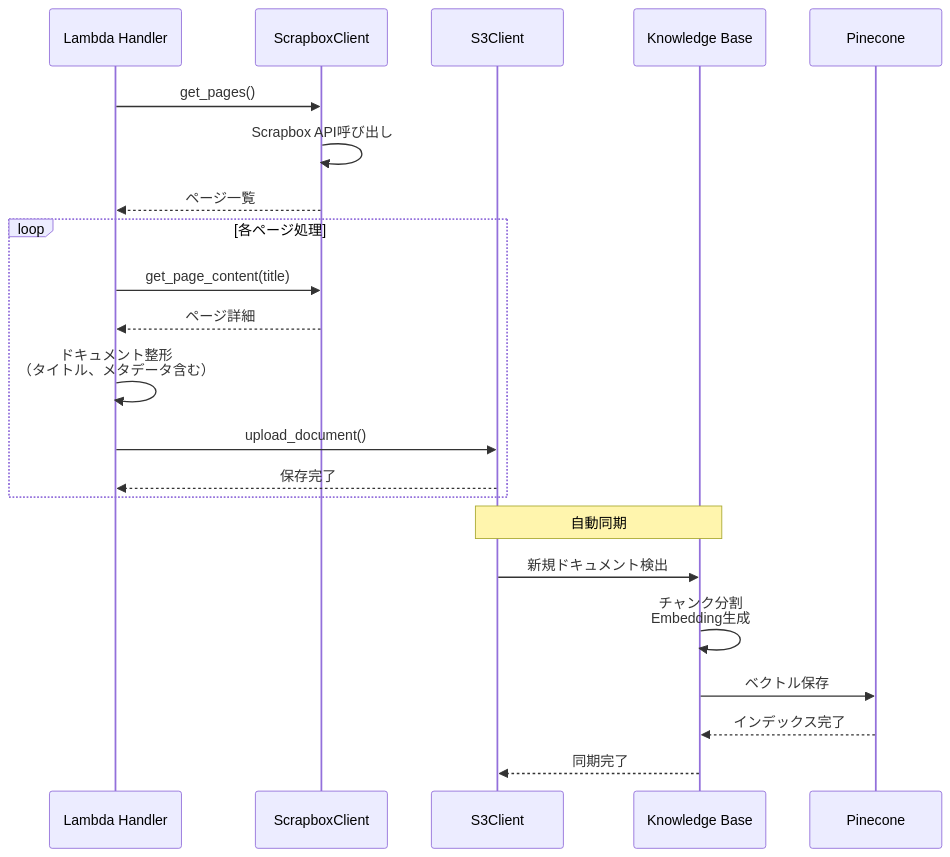
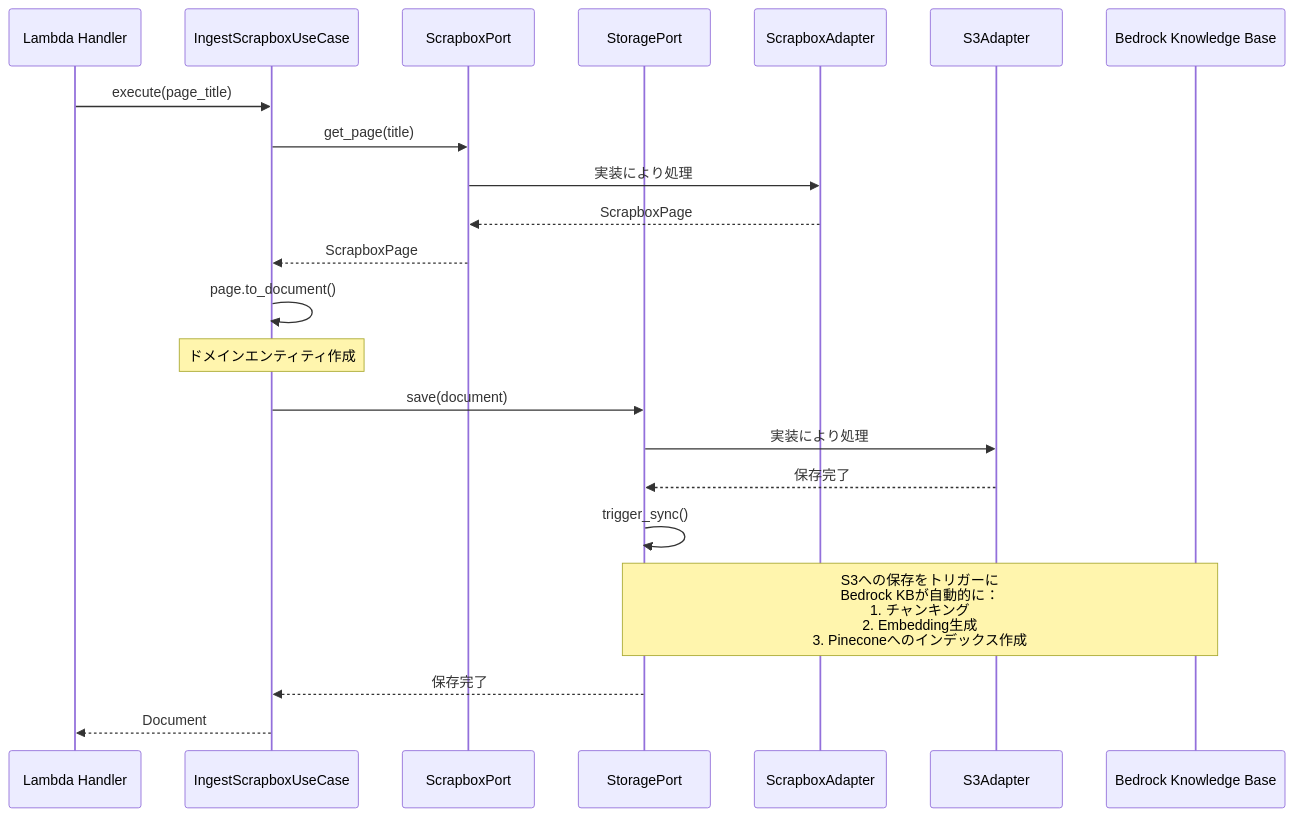
The fourth of 6 diagrams in docs/DESIGN.md (KJR020/lambda-knowledge-rag), drawn with Mermaid before and after one commit. The commit also changed other lines of this file, not shown here.

````diff
--- a/docs/DESIGN.md
+++ b/docs/DESIGN.md
@@ -151,29 +278,29 @@
 ```mermaid
 sequenceDiagram
-    participant L as Lambda Handler
-    participant SC as ScrapboxClient
-    participant S3 as S3Client
-    participant KB as Knowledge Base
-    participant PC as Pinecone
+    participant H as Lambda Handler
+    participant UC as IngestScrapboxUseCase
+    participant SP as ScrapboxPort
+    participant STR as StoragePort
+    participant SA as ScrapboxAdapter
+    participant S3A as S3Adapter
+    participant KB as Bedrock Knowledge Base
     
-    L->>SC: get_pages()
-    SC->>SC: Scrapbox API呼び出し
-    SC-->>L: ページ一覧
+    H->>UC: execute(page_title)
+    UC->>SP: get_page(title)
+    SP->>SA: 実装により処理
+    SA-->>SP: ScrapboxPage
+    SP-->>UC: ScrapboxPage
     
-    loop 各ページ処理
-        L->>SC: get_page_content(title)
-        SC-->>L: ページ詳細
-        
-        L->>L: ドキュメント整形<br/>（タイトル、メタデータ含む）
-        
-        L->>S3: upload_document()
-        S3-->>L: 保存完了
-    end
+    UC->>UC: page.to_document()
+    Note over UC: ドメインエンティティ作成
     
-    Note over S3,KB: 自動同期
-    S3->>KB: 新規ドキュメント検出
-    KB->>KB: チャンク分割<br/>Embedding生成
-    KB->>PC: ベクトル保存
-    PC-->>KB: インデックス完了
-    KB-->>S3: 同期完了
+    UC->>STR: save(document)
+    STR->>S3A: 実装により処理
+    S3A-->>STR: 保存完了
+    
+    STR->>STR: trigger_sync()
+    Note over STR,KB: S3への保存をトリガーに<br/>Bedrock KBが自動的に：<br/>1. チャンキング<br/>2. Embedding生成<br/>3. Pineconeへのインデックス作成
+    
+    STR-->>UC: 保存完了
+    UC-->>H: Document
 ```
````
